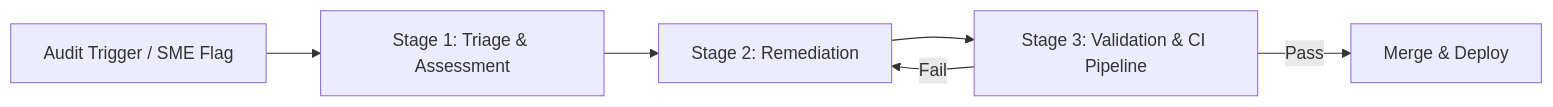
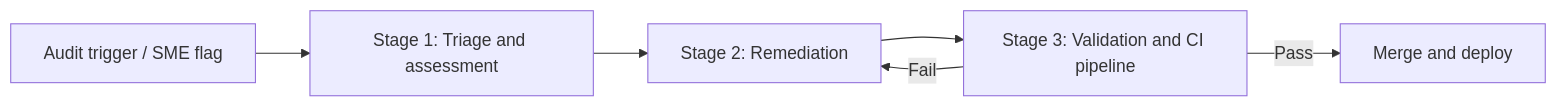
Before and after one commit to vaishvanara/techwritingkb: the diagram in docs/industry-terms/content-debt.md, drawn with Mermaid. The commit also changed other lines of this file and 51 other files, not shown here.

````diff
--- a/docs/industry-terms/content-debt.md
+++ b/docs/industry-terms/content-debt.md
@@ -49,8 +49,8 @@
 ```mermaid
 graph LR
-    A[Audit Trigger / SME Flag] --> B[Stage 1: Triage & Assessment]
+    A[Audit trigger / SME flag] --> B[Stage 1: Triage and assessment]
     B --> C[Stage 2: Remediation]
-    C --> D[Stage 3: Validation & CI Pipeline]
-    D -- Pass --> E[Merge & Deploy]
+    C --> D[Stage 3: Validation and CI pipeline]
+    D -- Pass --> E[Merge and deploy]
     D -- Fail --> C
 ```
````
